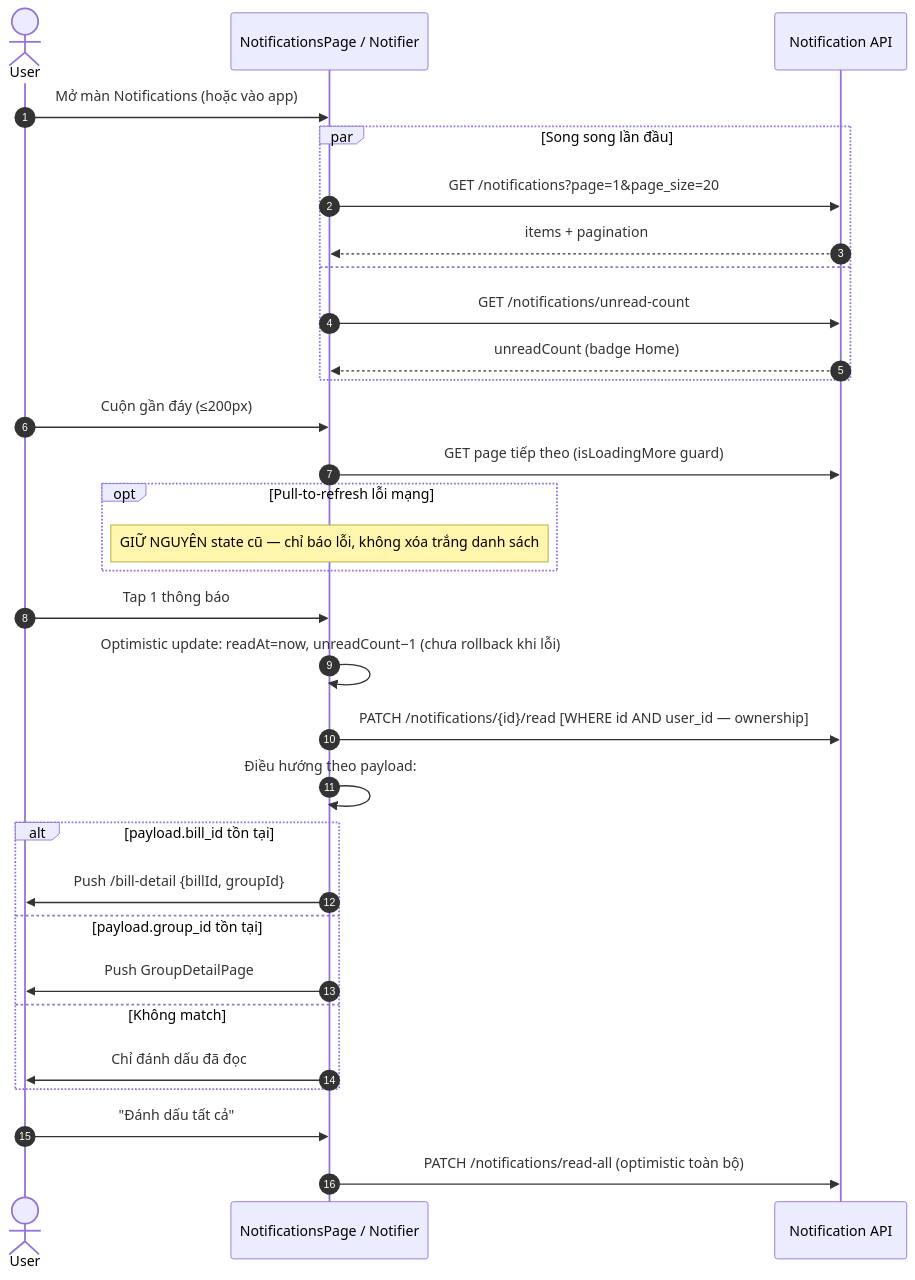
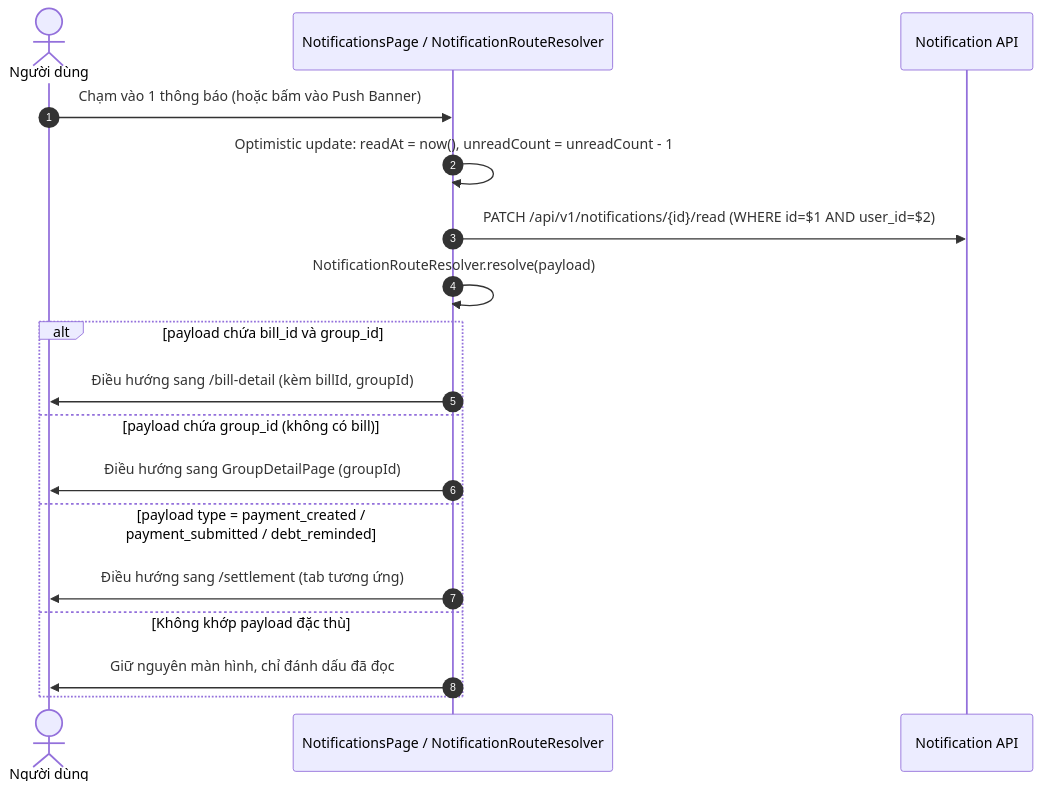
The third of 5 diagrams in flow/05-notification.md (FintechVSF-Tranning/PaySplit-RP), drawn with Mermaid before and after one commit. The commit also changed other lines of this file and 3 other files, not shown here.

````diff
--- a/flow/05-notification.md
+++ b/flow/05-notification.md
@@ -94,38 +130,22 @@
 ```mermaid
 sequenceDiagram
     autonumber
-    actor U as User
-    participant FE as NotificationsPage / Notifier
+    actor U as Người dùng
+    participant FE as NotificationsPage / NotificationRouteResolver
     participant BE as Notification API
 
-    U->>FE: Mở màn Notifications (hoặc vào app)
-    par Song song lần đầu
-        FE->>BE: GET /notifications?page=1&page_size=20
-        BE-->>FE: items + pagination
-    and
-        FE->>BE: GET /notifications/unread-count
-        BE-->>FE: unreadCount (badge Home)
+    U->>FE: Chạm vào 1 thông báo (hoặc bấm vào Push Banner)
+    FE->>FE: Optimistic update: readAt = now(), unreadCount = unreadCount - 1
+    FE->>BE: PATCH /api/v1/notifications/{id}/read (WHERE id=$1 AND user_id=$2)
+    
+    FE->>FE: NotificationRouteResolver.resolve(payload)
+    alt payload chứa bill_id và group_id
+        FE->>U: Điều hướng sang /bill-detail (kèm billId, groupId)
+    else payload chứa group_id (không có bill)
+        FE->>U: Điều hướng sang GroupDetailPage (groupId)
+    else payload type = payment_created / payment_submitted / debt_reminded
+        FE->>U: Điều hướng sang /settlement (tab tương ứng)
+    else Không khớp payload đặc thù
+        FE->>U: Giữ nguyên màn hình, chỉ đánh dấu đã đọc
     end
-
-    U->>FE: Cuộn gần đáy (≤200px)
-    FE->>BE: GET page tiếp theo (isLoadingMore guard)
-
-    opt Pull-to-refresh lỗi mạng
-        Note over FE: GIỮ NGUYÊN state cũ — chỉ báo lỗi, không xóa trắng danh sách
-    end
-
-    U->>FE: Tap 1 thông báo
-    FE->>FE: Optimistic update: readAt=now, unreadCount−1 (chưa rollback khi lỗi)
-    FE->>BE: PATCH /notifications/{id}/read   [WHERE id AND user_id — ownership]
-    FE->>FE: Điều hướng theo payload:
-    alt payload.bill_id tồn tại
-        FE->>U: Push /bill-detail {billId, groupId}
-    else payload.group_id tồn tại
-        FE->>U: Push GroupDetailPage
-    else Không match
-        FE->>U: Chỉ đánh dấu đã đọc
-    end
-
-    U->>FE: "Đánh dấu tất cả"
-    FE->>BE: PATCH /notifications/read-all (optimistic toàn bộ)
 ```
````
